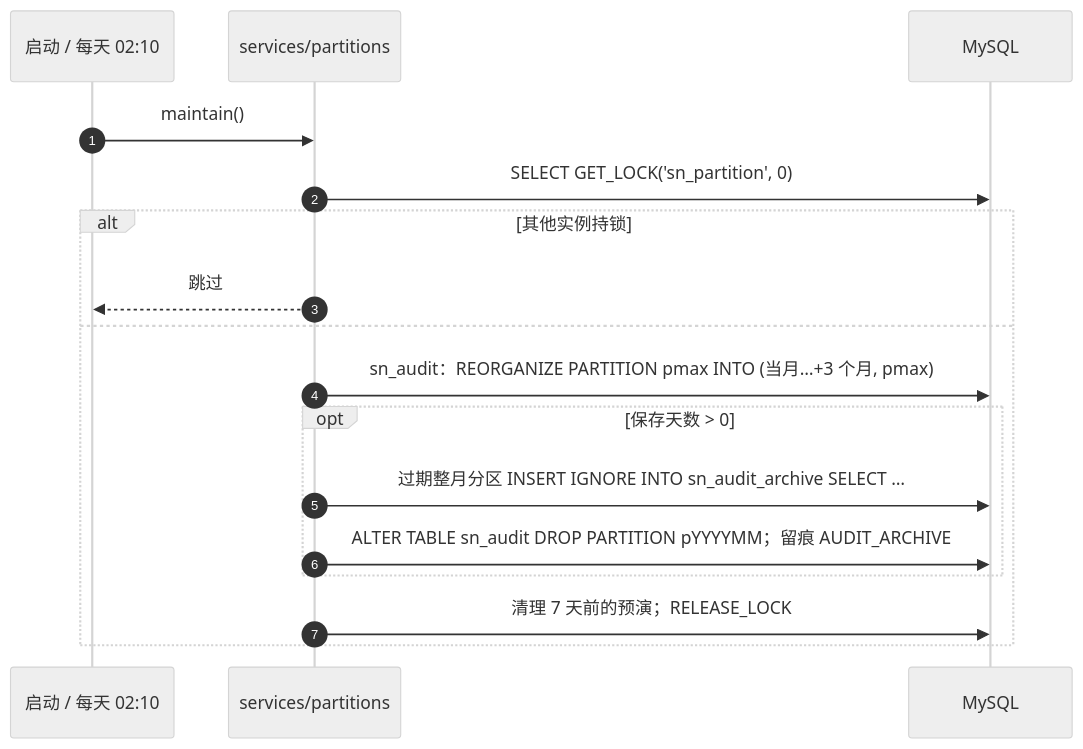
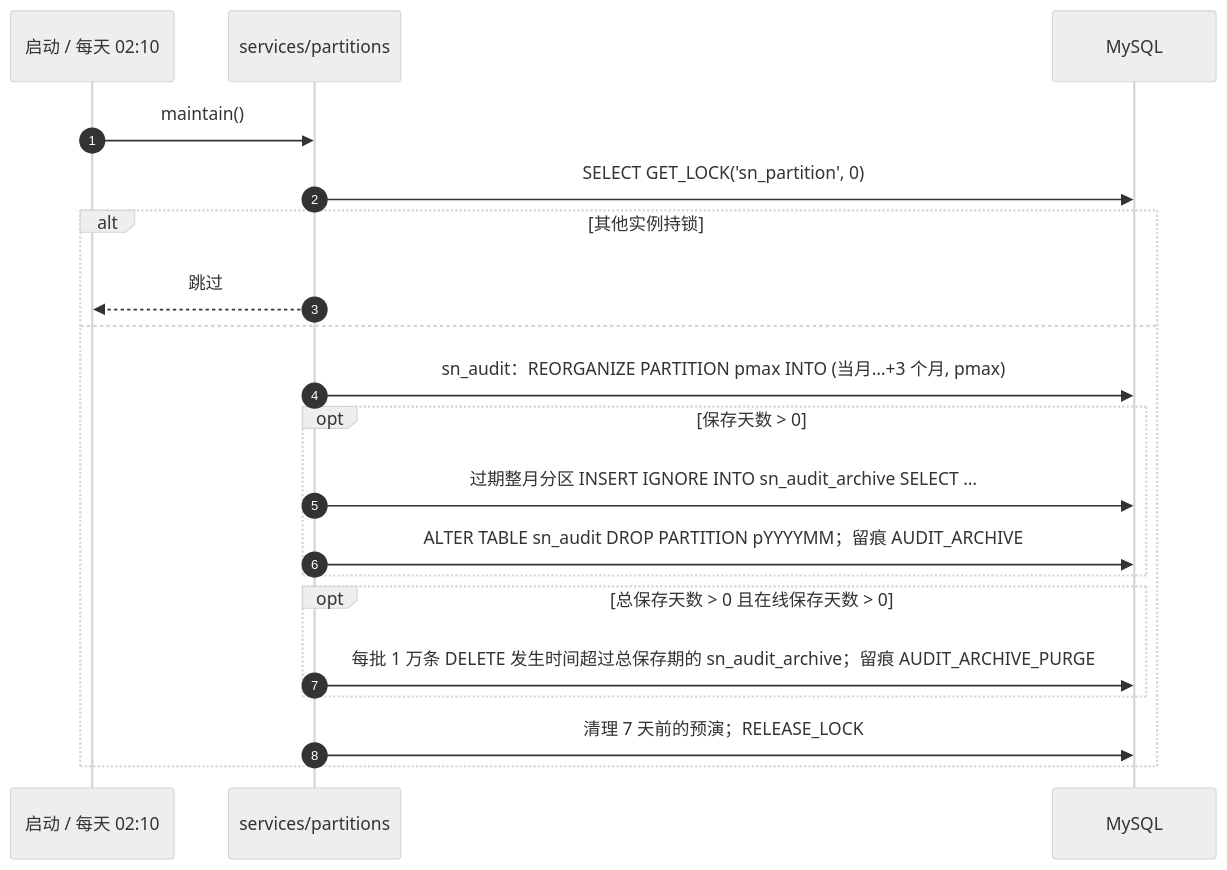
One commit to Createsnow/sn-center changed diagram 13 of 13 in docs/技术文档.md. Above: the diagram before and after it, drawn with Mermaid (neutral theme). The commit also changed other lines of this file and 25 other files, not shown here.

First line of the commit message:
文档：逐个功能对照代码校对并更新全部文档、配图与 Word 版

````diff
--- a/docs/技术文档.md
+++ b/docs/技术文档.md
@@ -440,19 +449,22 @@
 ```mermaid
 sequenceDiagram
     autonumber
     participant S as 启动 / 每天 02:10
     participant P as services/partitions
     participant DB as MySQL
     S->>P: maintain()
     P->>DB: SELECT GET_LOCK('sn_partition', 0)
     alt 其他实例持锁
         P-->>S: 跳过
     else
         P->>DB: sn_audit：REORGANIZE PARTITION pmax INTO (当月…+3 个月, pmax)
         opt 保存天数 > 0
             P->>DB: 过期整月分区 INSERT IGNORE INTO sn_audit_archive SELECT …
             P->>DB: ALTER TABLE sn_audit DROP PARTITION pYYYYMM；留痕 AUDIT_ARCHIVE
         end
+        opt 总保存天数 > 0 且在线保存天数 > 0
+            P->>DB: 每批 1 万条 DELETE 发生时间超过总保存期的 sn_audit_archive；留痕 AUDIT_ARCHIVE_PURGE
+        end
         P->>DB: 清理 7 天前的预演；RELEASE_LOCK
     end
 ```
````
